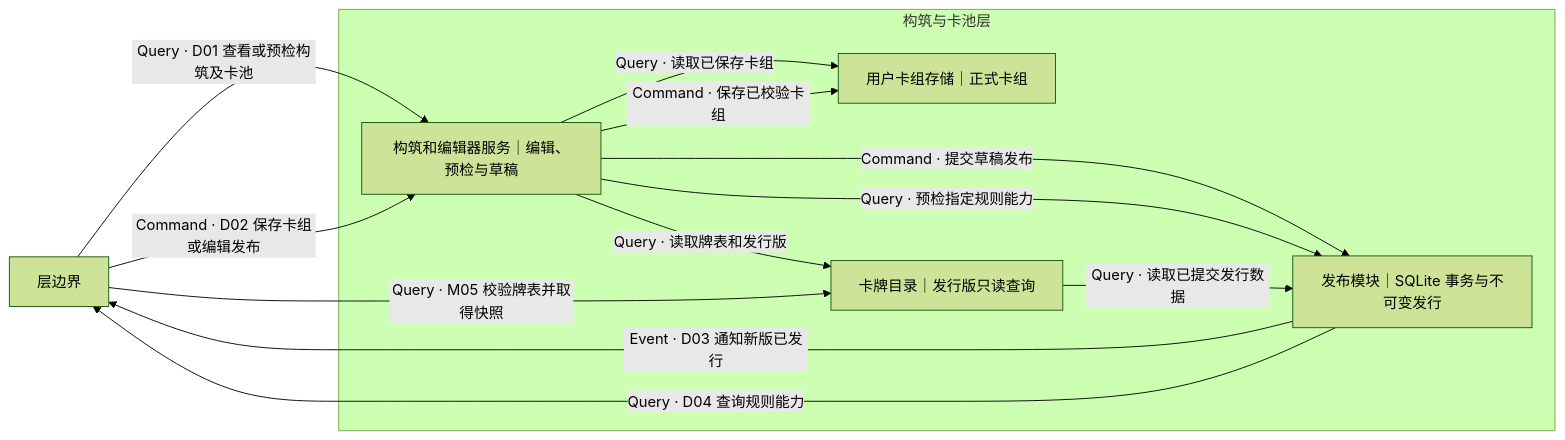
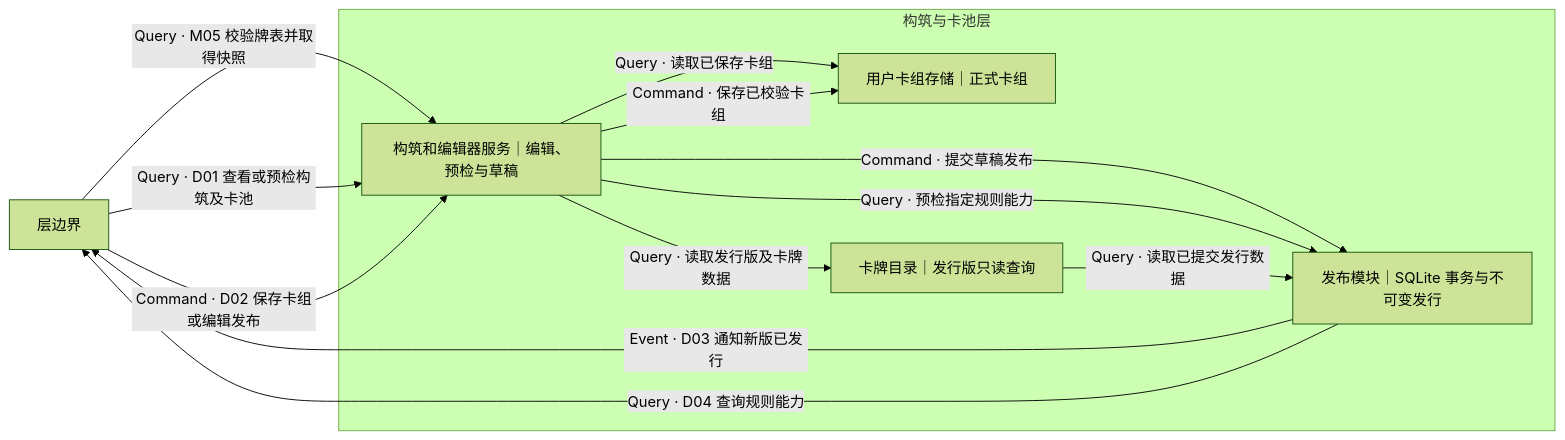
The fifth of 5 diagrams in specs/001-offline-game-refactor/contracts/layer-boundaries.md (jigejiqiangshou/Critical-Provisional), drawn with Mermaid (forest theme) before and after one commit. The commit also changed other lines of this file and 10 other files, not shown here.

````diff
--- a/specs/001-offline-game-refactor/contracts/layer-boundaries.md
+++ b/specs/001-offline-game-refactor/contracts/layer-boundaries.md
@@ -105,21 +118,21 @@
 ```mermaid
 flowchart LR
   B["层边界"]
   subgraph D["构筑与卡池层"]
     E["构筑和编辑器服务｜编辑、预检与草稿"]
     U["用户卡组存储｜正式卡组"]
     C["卡牌目录｜发行版只读查询"]
     R["发布模块｜SQLite 事务与不可变发行"]
-    E -->|"Query · 读取牌表和发行版"| C
+    E -->|"Query · 读取发行版及卡牌数据"| C
     E -->|"Query · 读取已保存卡组"| U
     E -->|"Command · 保存已校验卡组"| U
     E -->|"Command · 提交草稿发布"| R
     E -->|"Query · 预检指定规则能力"| R
     C -->|"Query · 读取已提交发行数据"| R
   end
-  B -->|"Query · M05 校验牌表并取得快照"| C
+  B -->|"Query · M05 校验牌表并取得快照"| E
   B -->|"Query · D01 查看或预检构筑及卡池"| E
   B -->|"Command · D02 保存卡组或编辑发布"| E
   R -->|"Event · D03 通知新版已发行"| B
   R -->|"Query · D04 查询规则能力"| B
 ```
````
